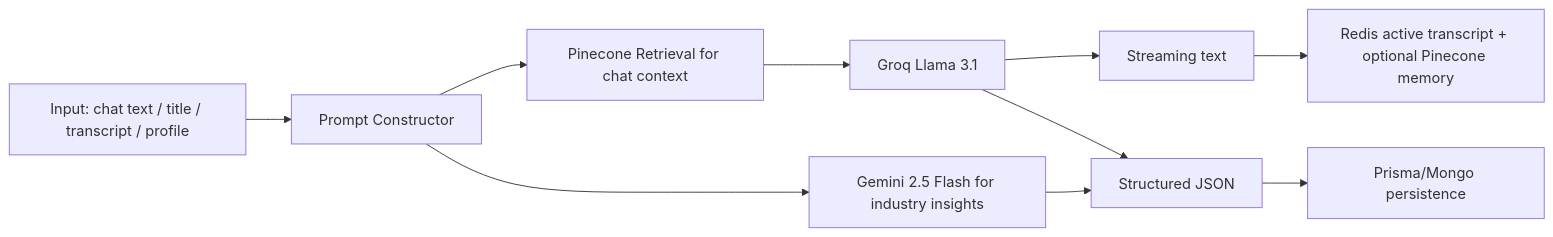
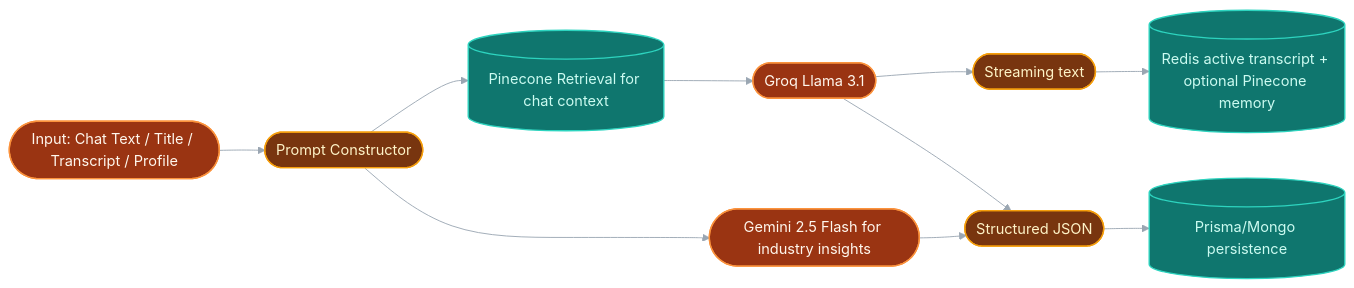
The third of 6 diagrams in COMPREHENSIVE_README.md (AbhinavSinghBhadouria/InterViewX), drawn with Mermaid before and after one commit. The commit also changed other lines of this file and 1 other file, not shown here.

Commit message:
Add styling to mermaid diagrams

````diff
--- a/COMPREHENSIVE_README.md
+++ b/COMPREHENSIVE_README.md
@@ -103,12 +127,21 @@
 ```mermaid
+%%{init: {"theme": "base", "themeVariables": {"background": "#0b1020", "primaryColor": "#1b2333", "primaryBorderColor": "#3a4a66", "primaryTextColor": "#e6edf3", "lineColor": "#9aa6b2"}, "flowchart": {"curve": "basis"}}}%%
 flowchart LR
-  I[Input: chat text / title / transcript / profile] --> C[Prompt Constructor]
-  C --> RAG[Pinecone Retrieval for chat context]
-  RAG --> LLM[Groq Llama 3.1]
-  C --> GMI[Gemini 2.5 Flash for industry insights]
-  LLM --> S1[Streaming text]
-  LLM --> S2[Structured JSON]
+  I([Input: Chat Text / Title / Transcript / Profile]) --> C([Prompt Constructor])
+  C --> RAG[(Pinecone Retrieval for chat context)]
+  RAG --> LLM([Groq Llama 3.1])
+  C --> GMI([Gemini 2.5 Flash for industry insights])
+  LLM --> S1([Streaming text])
+  LLM --> S2([Structured JSON])
   GMI --> S2
-  S1 --> Persist1[Redis active transcript + optional Pinecone memory]
-  S2 --> Persist2[Prisma/Mongo persistence]
+  S1 --> Persist1[(Redis active transcript + optional Pinecone memory)]
+  S2 --> Persist2[(Prisma/Mongo persistence)]
+
+  classDef compute fill:#78350f,stroke:#f59e0b,color:#fef3c7,stroke-width:1.5px;
+  classDef database fill:#0f766e,stroke:#2dd4bf,color:#ccfbf1,stroke-width:1.5px;
+  classDef external fill:#9a3412,stroke:#fb923c,color:#fff7ed,stroke-width:1.5px;
+
+  class C,S1,S2 compute;
+  class RAG,Persist1,Persist2 database;
+  class I,LLM,GMI external;
 ```
````
